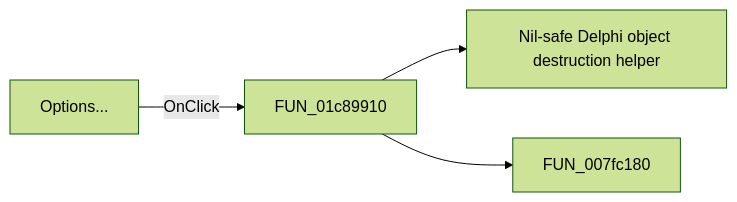
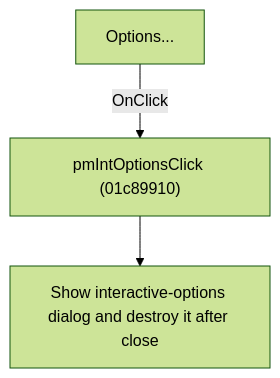
One commit to MovGP0/TIARA changed the diagram in docs/ui-controls/schematiceditor/mnintoptions-31fec19a83.md. Above: the diagram before and after it, drawn with Mermaid (forest theme). The commit also changed other lines of this file and 1062 other files, not shown here.

````diff
--- a/docs/ui-controls/schematiceditor/mnintoptions-31fec19a83.md
+++ b/docs/ui-controls/schematiceditor/mnintoptions-31fec19a83.md
@@ -27,6 +27,5 @@
 ```mermaid
-flowchart LR
-    control["Options..."] -->|OnClick| handler["FUN_01c89910"]
-    handler --> call1["Nil-safe Delphi object destruction helper"]
-    handler --> call2["FUN_007fc180"]
+flowchart TD
+    control["Options..."] -->|"OnClick"| handler["pmIntOptionsClick (01c89910)"]
+    handler --> action["Show interactive-options dialog and destroy it after close"]
 ```
````
